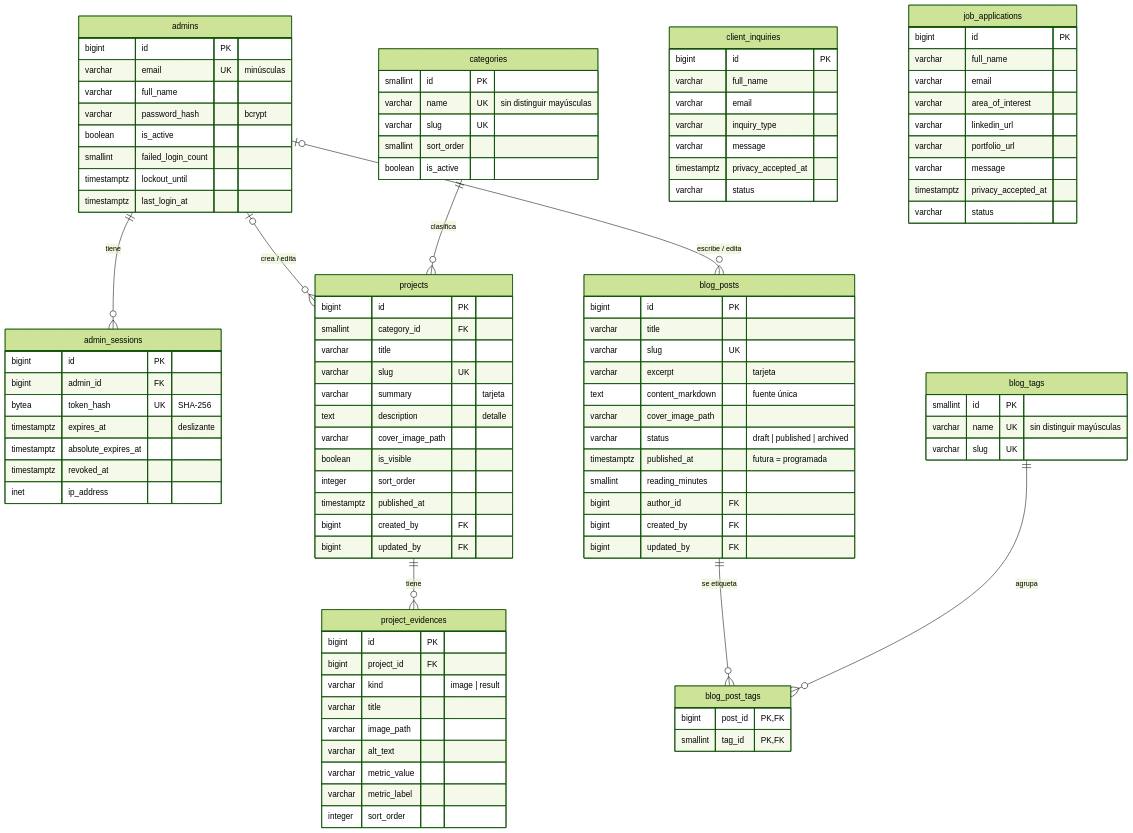
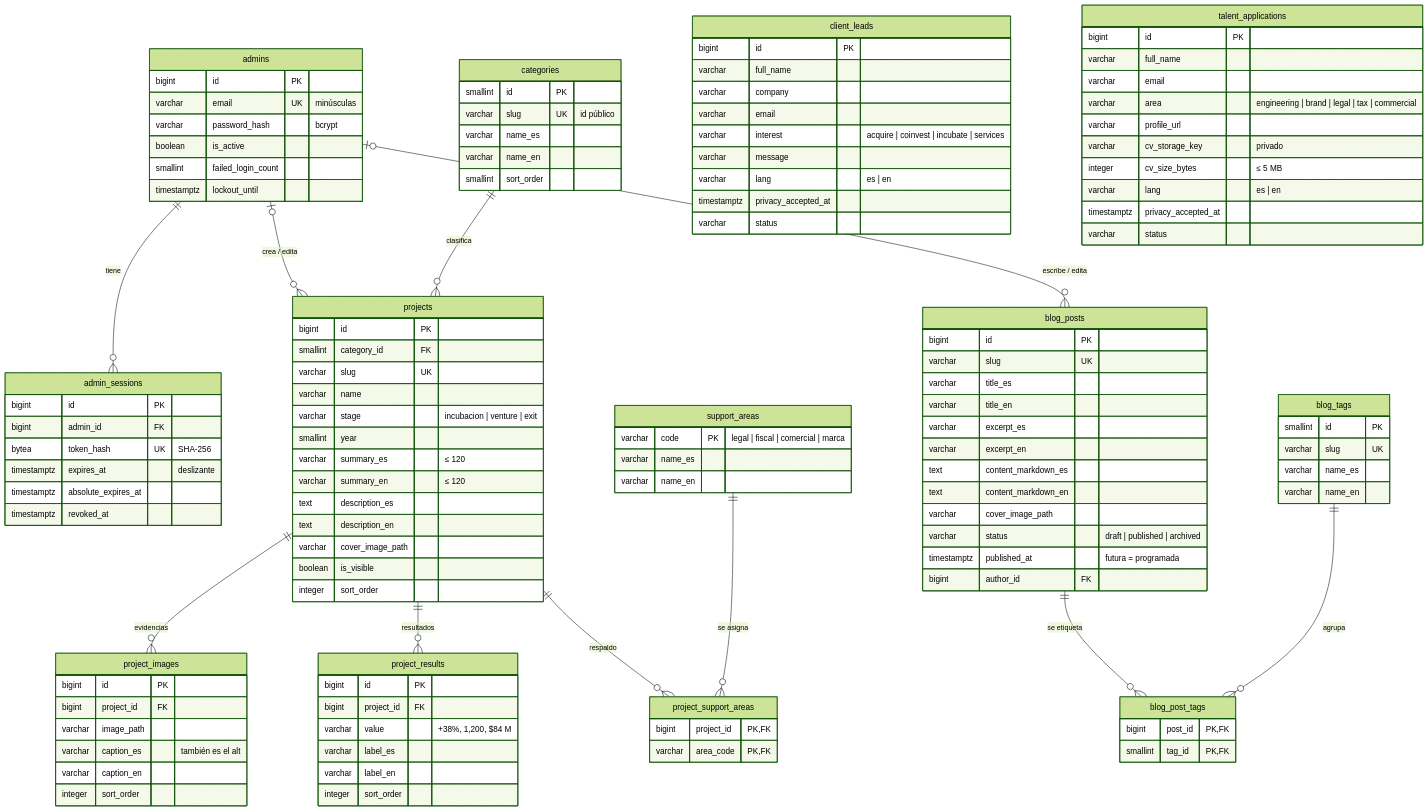
One commit to NachoTacos/GR-backend changed the diagram in docs/DATABASE.md. Above: the diagram before and after it, drawn with Mermaid (forest theme). The commit also changed other lines of this file and 126 other files, not shown here.

```diff
--- a/docs/DATABASE.md
+++ b/docs/DATABASE.md
@@ -8,21 +16,22 @@
 erDiagram
     admins ||--o{ admin_sessions : "tiene"
     admins |o--o{ projects : "crea / edita"
+    admins |o--o{ blog_posts : "escribe / edita"
     categories ||--o{ projects : "clasifica"
-    projects ||--o{ project_evidences : "tiene"
-    admins |o--o{ blog_posts : "escribe / edita"
+    projects ||--o{ project_images : "evidencias"
+    projects ||--o{ project_results : "resultados"
+    projects ||--o{ project_support_areas : "respaldo"
+    support_areas ||--o{ project_support_areas : "se asigna"
     blog_posts ||--o{ blog_post_tags : "se etiqueta"
     blog_tags ||--o{ blog_post_tags : "agrupa"
 
     admins {
         bigint id PK
         varchar email UK "minúsculas"
-        varchar full_name
         varchar password_hash "bcrypt"
         boolean is_active
         smallint failed_login_count
         timestamptz lockout_until
-        timestamptz last_login_at
     }
     admin_sessions {
         bigint id PK
@@ -31,80 +40,98 @@
         timestamptz expires_at "deslizante"
         timestamptz absolute_expires_at
         timestamptz revoked_at
-        inet ip_address
     }
     categories {
         smallint id PK
-        varchar name UK "sin distinguir mayúsculas"
-        varchar slug UK
+        varchar slug UK "id público"
+        varchar name_es
+        varchar name_en
         smallint sort_order
-        boolean is_active
+    }
+    support_areas {
+        varchar code PK "legal | fiscal | comercial | marca"
+        varchar name_es
+        varchar name_en
     }
     projects {
         bigint id PK
         smallint category_id FK
-        varchar title
         varchar slug UK
-        varchar summary "tarjeta"
-        text description "detalle"
+        varchar name
+        varchar stage "incubacion | venture | exit"
+        smallint year
+        varchar summary_es "≤ 120"
+        varchar summary_en "≤ 120"
+        text description_es
+        text description_en
         varchar cover_image_path
         boolean is_visible
         integer sort_order
-        timestamptz published_at
-        bigint created_by FK
-        bigint updated_by FK
     }
-    project_evidences {
+    project_support_areas {
+        bigint project_id PK, FK
+        varchar area_code PK, FK
+    }
+    project_images {
         bigint id PK
         bigint project_id FK
-        varchar kind "image | result"
-        varchar title
         varchar image_path
-        varchar alt_text
-        varchar metric_value
-        varchar metric_label
+        varchar caption_es "también es el alt"
+        varchar caption_en
+        integer sort_order
+    }
+    project_results {
+        bigint id PK
+        bigint project_id FK
+        varchar value "+38%, 1,200, $84 M"
+        varchar label_es
+        varchar label_en
         integer sort_order
     }
     blog_posts {
         bigint id PK
-        varchar title
         varchar slug UK
-        varchar excerpt "tarjeta"
-        text content_markdown "fuente única"
+        varchar title_es
+        varchar title_en
+        varchar excerpt_es
+        varchar excerpt_en
+        text content_markdown_es
+        text content_markdown_en
         varchar cover_image_path
         varchar status "draft | published | archived"
         timestamptz published_at "futura = programada"
-        smallint reading_minutes
         bigint author_id FK
-        bigint created_by FK
-        bigint updated_by FK
     }
     blog_tags {
         smallint id PK
-        varchar name UK "sin distinguir mayúsculas"
         varchar slug UK
+        varchar name_es
+        varchar name_en
     }
     blog_post_tags {
         bigint post_id PK, FK
         smallint tag_id PK, FK
     }
-    client_inquiries {
+    client_leads {
+        bigint id PK
+        varchar full_name
+        varchar company
+        varchar email
+        varchar interest "acquire | coinvest | incubate | services"
+        varchar message
+        varchar lang "es | en"
+        timestamptz privacy_accepted_at
+        varchar status
+    }
+    talent_applications {
         bigint id PK
         varchar full_name
         varchar email
-        varchar inquiry_type
-        varchar message
-        timestamptz privacy_accepted_at
-        varchar status
-    }
-    job_applications {
-        bigint id PK
-        varchar full_name
-        varchar email
-        varchar area_of_interest
-        varchar linkedin_url
-        varchar portfolio_url
-        varchar message
+        varchar area "engineering | brand | legal | tax | commercial"
+        varchar profile_url
+        varchar cv_storage_key "privado"
+        integer cv_size_bytes "≤ 5 MB"
+        varchar lang "es | en"
         timestamptz privacy_accepted_at
         varchar status
     }
```
